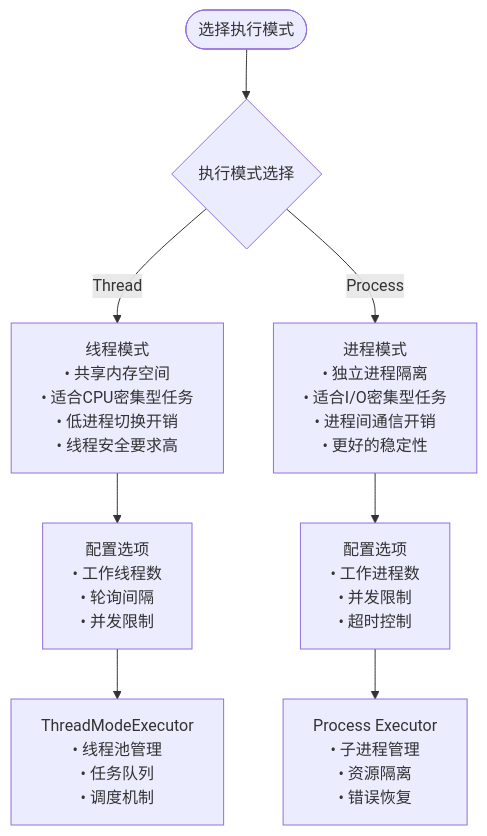
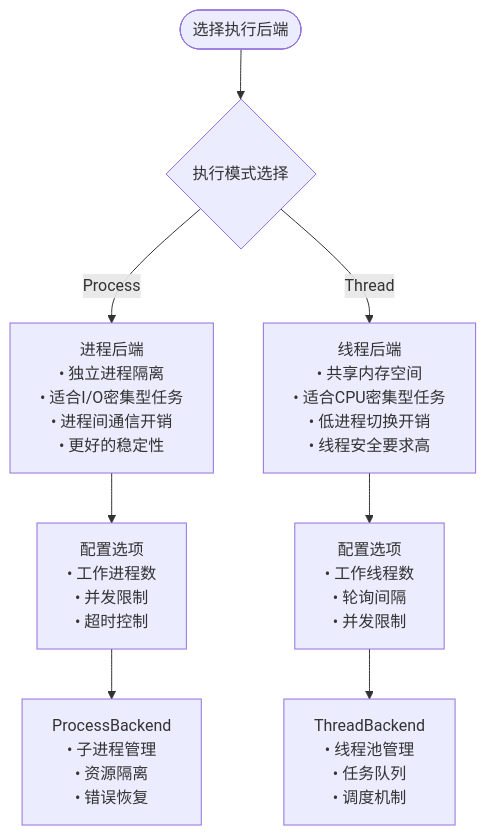
Before and after one commit to xcry2006/execute: the third of 9 diagrams in .qoder/repowiki/zh/content/执行器系统/执行器系统.md, drawn with Mermaid. The commit also changed other lines of this file and 9 other files, not shown here.

````diff
--- a/.qoder/repowiki/zh/content/执行器系统/执行器系统.md
+++ b/.qoder/repowiki/zh/content/执行器系统/执行器系统.md
@@ -140,10 +134,10 @@
 ```mermaid
 flowchart TD
-Start([选择执行模式]) --> ModeChoice{"执行模式选择"}
-ModeChoice --> |Thread| ThreadMode["线程模式<br/>• 共享内存空间<br/>• 适合CPU密集型任务<br/>• 低进程切换开销<br/>• 线程安全要求高"]
-ModeChoice --> |Process| ProcessMode["进程模式<br/>• 独立进程隔离<br/>• 适合I/O密集型任务<br/>• 进程间通信开销<br/>• 更好的稳定性"]
+Start([选择执行后端]) --> ModeChoice{"执行模式选择"}
+ModeChoice --> |Process| ProcessMode["进程后端<br/>• 独立进程隔离<br/>• 适合I/O密集型任务<br/>• 进程间通信开销<br/>• 更好的稳定性"]
+ModeChoice --> |Thread| ThreadMode["线程后端<br/>• 共享内存空间<br/>• 适合CPU密集型任务<br/>• 低进程切换开销<br/>• 线程安全要求高"]
+ProcessMode --> ProcessConfig["配置选项<br/>• 工作进程数<br/>• 并发限制<br/>• 超时控制"]
 ThreadMode --> ThreadConfig["配置选项<br/>• 工作线程数<br/>• 轮询间隔<br/>• 并发限制"]
-ProcessMode --> ProcessConfig["配置选项<br/>• 工作进程数<br/>• 并发限制<br/>• 超时控制"]
-ThreadConfig --> ThreadExecutor["ThreadModeExecutor<br/>• 线程池管理<br/>• 任务队列<br/>• 调度机制"]
-ProcessConfig --> ProcessExecutor["Process Executor<br/>• 子进程管理<br/>• 资源隔离<br/>• 错误恢复"]
+ProcessConfig --> ProcessBackend["ProcessBackend<br/>• 子进程管理<br/>• 资源隔离<br/>• 错误恢复"]
+ThreadConfig --> ThreadBackend["ThreadBackend<br/>• 线程池管理<br/>• 任务队列<br/>• 调度机制"]
 ```
````
